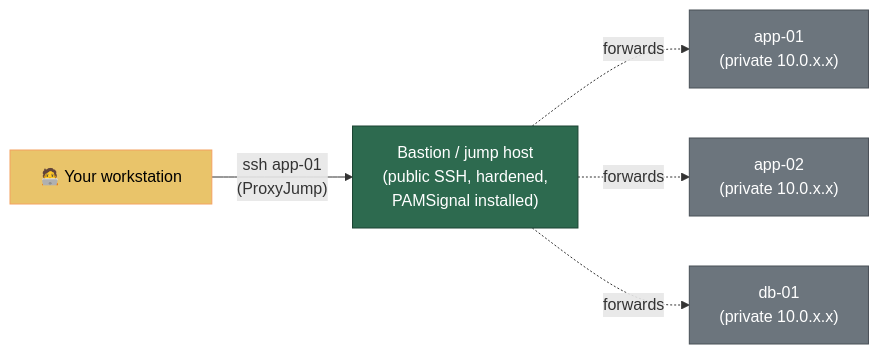
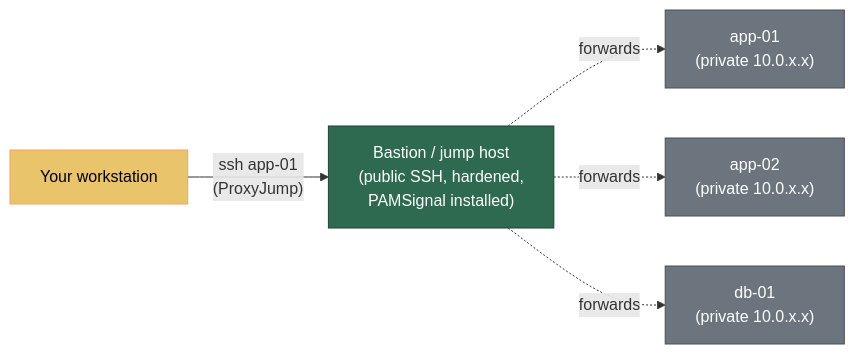
The diagram in docs/ssh-hardening.md (anhtuank7c/pamsignal), drawn with Mermaid before and after one commit. The commit also changed other lines of this file and 137 other files, not shown here.

````diff
--- a/docs/ssh-hardening.md
+++ b/docs/ssh-hardening.md
@@ -417,19 +417,19 @@
 ```mermaid
 graph LR
-    laptop["🧑‍💻 Your workstation"]
+    laptop["Your workstation"]
     bastion["Bastion / jump host<br/>(public SSH, hardened,<br/>PAMSignal installed)"]
     app1["app-01<br/>(private 10.0.x.x)"]
     app2["app-02<br/>(private 10.0.x.x)"]
     db1["db-01<br/>(private 10.0.x.x)"]
 
     laptop -- "ssh app-01<br/>(ProxyJump)" --> bastion
     bastion -. "forwards" .-> app1
     bastion -. "forwards" .-> app2
     bastion -. "forwards" .-> db1
 
     style laptop fill:#e9c46a,stroke:#f4a261,color:#000
     style bastion fill:#2d6a4f,stroke:#1b4332,color:#fff
     style app1 fill:#6c757d,stroke:#495057,color:#fff
     style app2 fill:#6c757d,stroke:#495057,color:#fff
     style db1 fill:#6c757d,stroke:#495057,color:#fff
 ```
````
